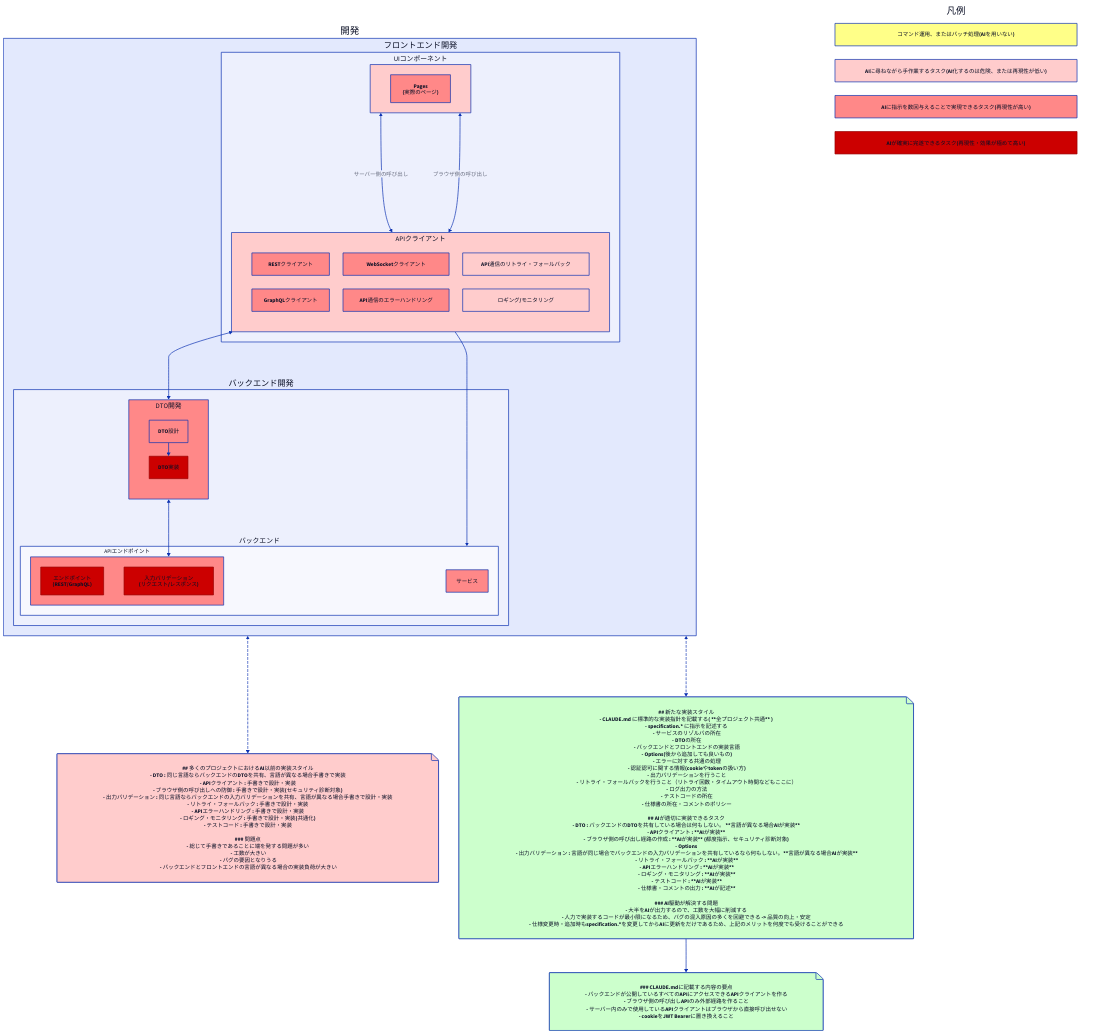
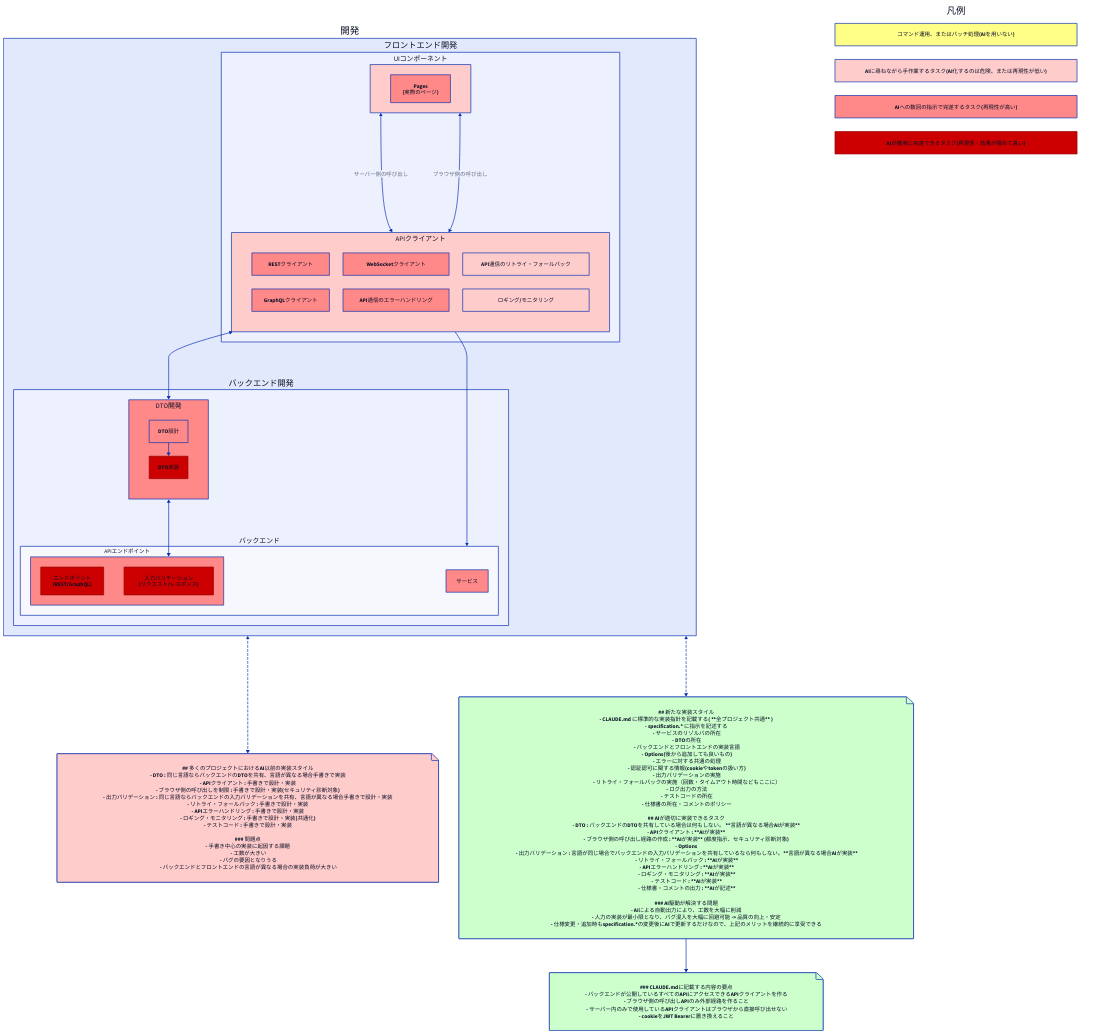
One commit to nenaaki/ai-effective-project changed the diagram in docs/problem-02/problem-02.d2. Above: the diagram before and after it, drawn with D2. The commit also changed 5 other files, not shown here.

```diff
--- a/docs/problem-02/problem-02.d2
+++ b/docs/problem-02/problem-02.d2
@@ -1,191 +1,191 @@
 classes: {
   command: {
     style: {
       fill: "#ffff88"
     }
   }
   ai-effective-weak: {
     style: {
       fill: "#ffcccc"
     }
   }
   ai-effective: {
     style: {
       fill: "#ff8888"
     }
   }
   ai-effective-strong: {
     style: {
       fill: "#cc0000"
       stroke: "#990000"
       stroke-width: 2
     }
   }
 }
 
 development {
   label: "開発"
   frontend-development {
     label: "フロントエンド開発"
 
     ui-components {
       label: "UIコンポーネント"
       class: ai-effective-weak
       pages: "Pages\n(実際のページ)" { class: ai-effective }
 
     }
     api-client {
       label: "APIクライアント"
       grid-columns: 3
       class: ai-effective-weak
       "RESTクライアント" { class: ai-effective }
       "GraphQLクライアント" { class: ai-effective }
       "WebSocketクライアント" { class: ai-effective }
       "API通信のエラーハンドリング" { class: ai-effective }
       "API通信のリトライ・フォールバック" { class: ai-effective-weak }
       "ロギング/モニタリング" { class: ai-effective-weak }
     }
 
     ui-components <-> api-client: "サーバー側の呼び出し" 
     ui-components <-> api-client: "ブラウザ側の呼び出し" 
   }
 
   # バックエンド開発
   backend-development {
     label: "バックエンド開発"
 
     dto-development {
       label: "DTO開発"
       class: ai-effective
       grid-columns: 1
       dto-design: "DTO設計" { class: ai-effective }
       dto-implementation: "DTO実装" { class: ai-effective-strong }
 
       dto-design -> dto-implementation
     }
 
     backend {
       label: "バックエンド"
       
       api {
         label: "APIエンドポイント"
         class: ai-effective
         endpoints: "エンドポイント\n(REST/GraphQL)" { class: ai-effective-strong }
         validation: "入力バリデーション\n(リクエスト/レスポンス)" { class: ai-effective-strong }
       }
       service-definition {
         label: "サービス"
         class: ai-effective
       }
     }
   }
 
   # developmentの依存関係
   frontend-development.api-client <-> backend-development.dto-development
   backend-development.dto-development <-> backend-development.backend.api
 
   frontend-development.api-client -> backend-development.backend
 }
 
 "凡例": {
   label: "凡例"
   style: {
     fill: "#ffffff"
     stroke: "#000000"
     stroke-width: 0
   }
   grid-rows: 4
     command: "コマンド運用、またはバッチ処理(AIを用いない)" { class: command }
     ai-effective-weak: "AIに尋ねながら手作業するタスク(AI化するのは危険、または再現性が低い)" { class: ai-effective-weak }
-    ai-effective: "AIに指示を数回与えることで実現できるタスク(再現性が高い)" { class: ai-effective }
+    ai-effective: "AIへの数回の指示で完遂するタスク(再現性が高い)" { class: ai-effective }
     ai-effective-strong: "AIが確実に完遂できるタスク(再現性・効果が極めて高い)" { class: ai-effective-strong }
 }
 
 asis: |md
 ## 多くのプロジェクトにおけるAI以前の実装スタイル
 - DTO : 同じ言語ならバックエンドのDTOを共有、言語が異なる場合手書きで実装
 - APIクライアント : 手書きで設計・実装
-- ブラウザ側の呼び出しへの防御 : 手書きで設計・実装(セキュリティ診断対象)
+- ブラウザ側の呼び出しを制限 : 手書きで設計・実装(セキュリティ診断対象)
 - 出力バリデーション : 同じ言語ならバックエンドの入力バリデーションを共有、言語が異なる場合手書きで設計・実装
 - リトライ・フォールバック : 手書きで設計・実装
 - APIエラーハンドリング : 手書きで設計・実装
 - ロギング・モニタリング : 手書きで設計・実装(共通化)
 - テストコード : 手書きで設計・実装
 
 ### 問題点
-- 総じて手書きであることに端を発する問題が多い
+- 手書き中心の実装に起因する課題
   - 工数が大きい
   - バグの要因となりうる
   - バックエンドとフロントエンドの言語が異なる場合の実装負荷が大きい
 |
 
 asis.shape: page
 asis.style: {
   fill: "#ffcccc"
 }
 
 tobe: |md
 ## 新たな実装スタイル
 - CLAUDE.md に標準的な実装指針を記載する( **全プロジェクト共通** )
 - specification.* に指示を記述する
   - サービスのリゾルバの所在
   - DTOの所在
   - バックエンドとフロントエンドの実装言語
   - Options(後から追加しても良いもの)
     - エラーに対する共通の処理
     - 認証認可に関する情報(cookieやtokenの扱い方)
-    - 出力バリデーションを行うこと
-    - リトライ・フォールバックを行うこと（リトライ回数・タイムアウト時間などもここに）
+    - 出力バリデーションの実施
+    - リトライ・フォールバックの実施（回数・タイムアウト時間などもここに）
     - ログ出力の方法
     - テストコードの所在
     - 仕様書の所在・コメントのポリシー
 
 ## AIが適切に実装できるタスク
 - DTO : バックエンドのDTOを共有している場合は何もしない。 **言語が異なる場合AIが実装**
 - APIクライアント : **AIが実装**
 - ブラウザ側の呼び出し経路の作成 : **AIが実装** (都度指示、セキュリティ診断対象)
 - Options
   - 出力バリデーション : 言語が同じ場合でバックエンドの入力バリデーションを共有しているなら何もしない。**言語が異なる場合AIが実装**
   - リトライ・フォールバック : **AIが実装**
   - APIエラーハンドリング : **AIが実装**
   - ロギング・モニタリング : **AIが実装**
   - テストコード : **AIが実装**
   - 仕様書・コメントの出力 : **AIが記述**
 
 ### AI駆動が解決する問題
-- 大半をAIが出力するので、工数を大幅に削減する
-- 人力で実装するコードが最小限になるため、バグの混入原因の多くを回避できる -> 品質の向上・安定
-- 仕様変更時・追加時もspecification.*を変更してからAIに更新をだけであるため、上記のメリットを何度でも受けることができる
+- AIによる自動出力により、工数を大幅に削減
+- 人力の実装が最小限となり、バグ混入を大幅に回避可能 -> 品質の向上・安定
+- 仕様変更・追加時もspecification.*の変更後にAIで更新するだけなので、上記のメリットを継続的に享受できる
 |
 
 tobe.shape: page
 tobe.style: {
   fill: "#ccffcc"
 }
 
 claude-md: |md
 ### CLAUDE.mdに記載する内容の要点
 - バックエンドが公開しているすべてのAPIにアクセスできるAPIクライアントを作る
 - ブラウザ側の呼び出しAPIのみ外部経路を作ること
   - サーバー内のみで使用しているAPIクライアントはブラウザから直接呼び出せない
 - cookieをJWT Bearerに置き換えること
 |
 
 claude-md.shape: page
 claude-md.style: {
   fill: "#ccffcc"
 }
 
 
 # 点線でつなぐ（吹き出しの引き出し線風）
 development <-> asis: {
   style: {
     stroke-dash: 3
   }
 }
 development <-> tobe: {
   style: {
     stroke-dash: 3
   }
 }
 tobe -> claude-md
```
